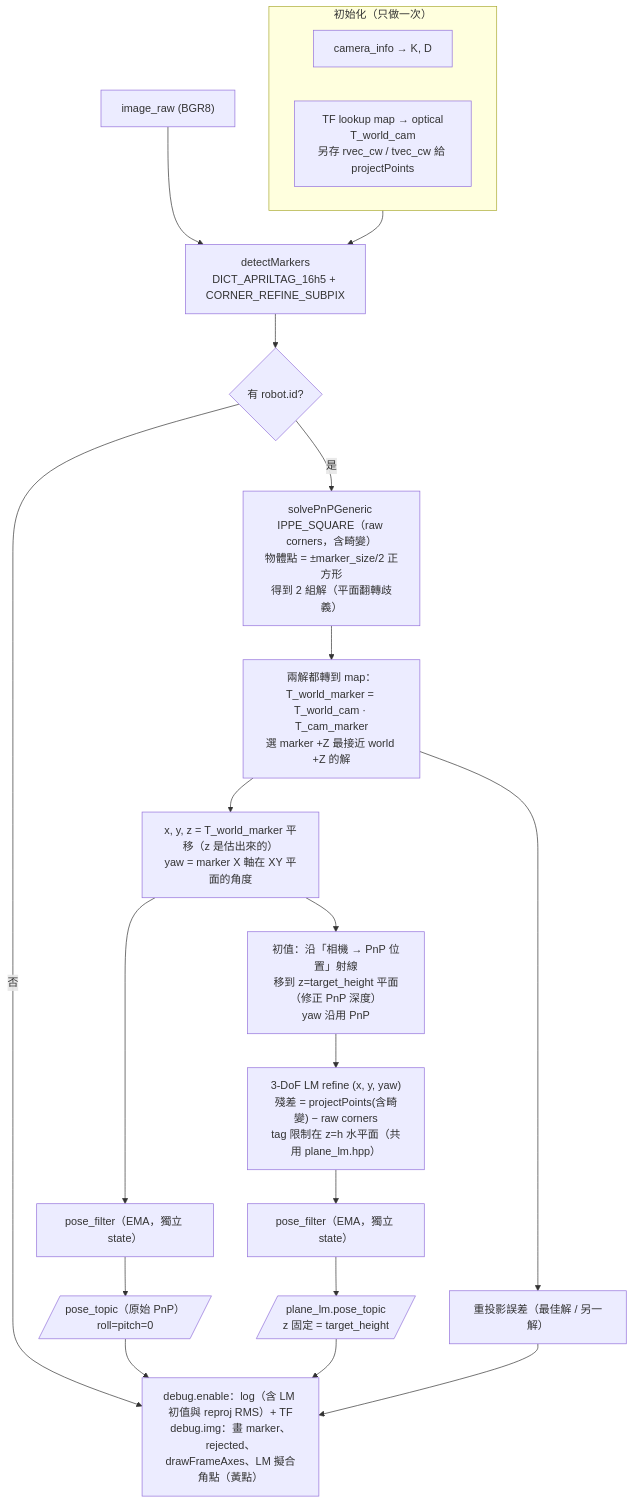
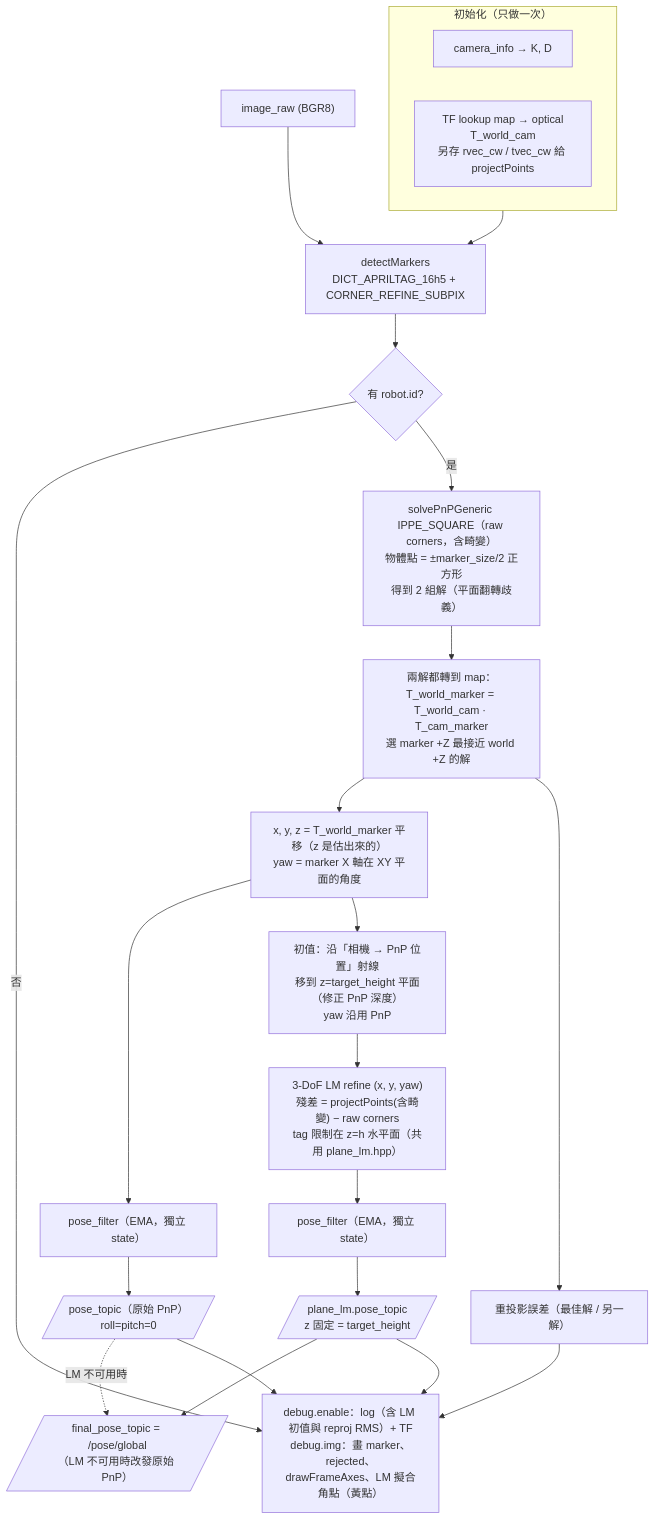
Before and after one commit to Latuuuuu/Hackathon-vision-server-localization: the third of 5 diagrams in FLOW.md, drawn with Mermaid. The commit also changed other lines of this file and 3 other files, not shown here.

Commit message:
topic name /pose/global

````diff
--- a/FLOW.md
+++ b/FLOW.md
@@ -93,28 +94,30 @@
 ```mermaid
 flowchart TD
     subgraph INIT["初始化（只做一次）"]
         CI["camera_info → K, D"]
         TFL["TF lookup map → optical<br/>T_world_cam<br/>另存 rvec_cw / tvec_cw 給 projectPoints"]
     end
 
     IMG["image_raw (BGR8)"] --> DET["detectMarkers<br/>DICT_APRILTAG_16h5 + CORNER_REFINE_SUBPIX"]
     INIT --> DET
     DET --> SEL{"有 robot.id?"}
     SEL -- 否 --> DBG
     SEL -- 是 --> PNP["solvePnPGeneric IPPE_SQUARE（raw corners，含畸變）<br/>物體點 = ±marker_size/2 正方形<br/>得到 2 組解（平面翻轉歧義）"]
     PNP --> PICK["兩解都轉到 map：T_world_marker = T_world_cam · T_cam_marker<br/>選 marker +Z 最接近 world +Z 的解"]
     PICK --> POSE["x, y, z = T_world_marker 平移（z 是估出來的）<br/>yaw = marker X 軸在 XY 平面的角度"]
     POSE --> F1["pose_filter（EMA，獨立 state）"]
     F1 --> P1[/"pose_topic（原始 PnP）<br/>roll=pitch=0"/]
     PICK --> ERR["重投影誤差（最佳解 / 另一解）"]
 
     POSE --> RAY["初值：沿「相機 → PnP 位置」射線<br/>移到 z=target_height 平面（修正 PnP 深度）<br/>yaw 沿用 PnP"]
     RAY --> LM["3-DoF LM refine (x, y, yaw)<br/>殘差 = projectPoints(含畸變) − raw corners<br/>tag 限制在 z=h 水平面（共用 plane_lm.hpp）"]
     LM --> F2["pose_filter（EMA，獨立 state）"]
     F2 --> P2[/"plane_lm.pose_topic<br/>z 固定 = target_height"/]
+    P2 --> PF[/"final_pose_topic = /pose/global<br/>（LM 不可用時改發原始 PnP）"/]
+    P1 -. "LM 不可用時" .-> PF
 
     P1 --> DBG
     P2 --> DBG
     ERR --> DBG
     DBG["debug.enable：log（含 LM 初值與 reproj RMS）+ TF<br/>debug.img：畫 marker、rejected、drawFrameAxes、LM 擬合角點（黃點）"]
 ```
````
